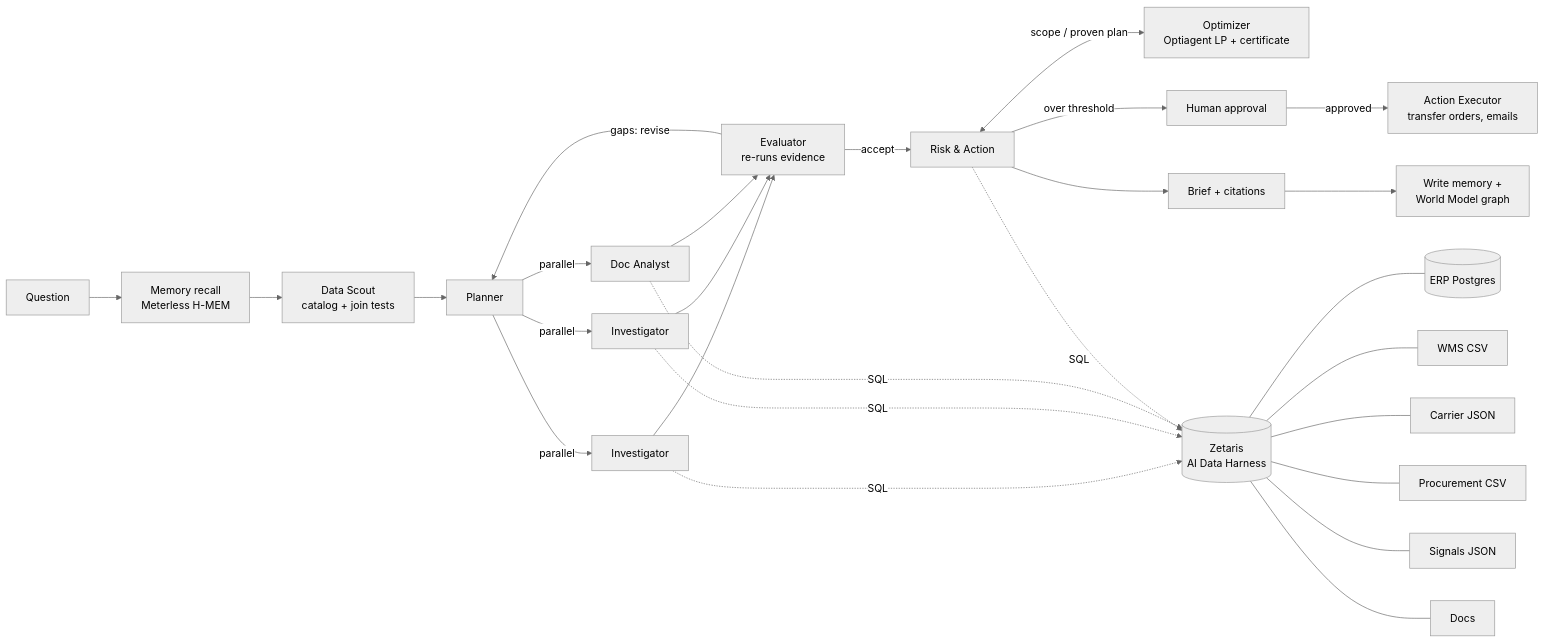
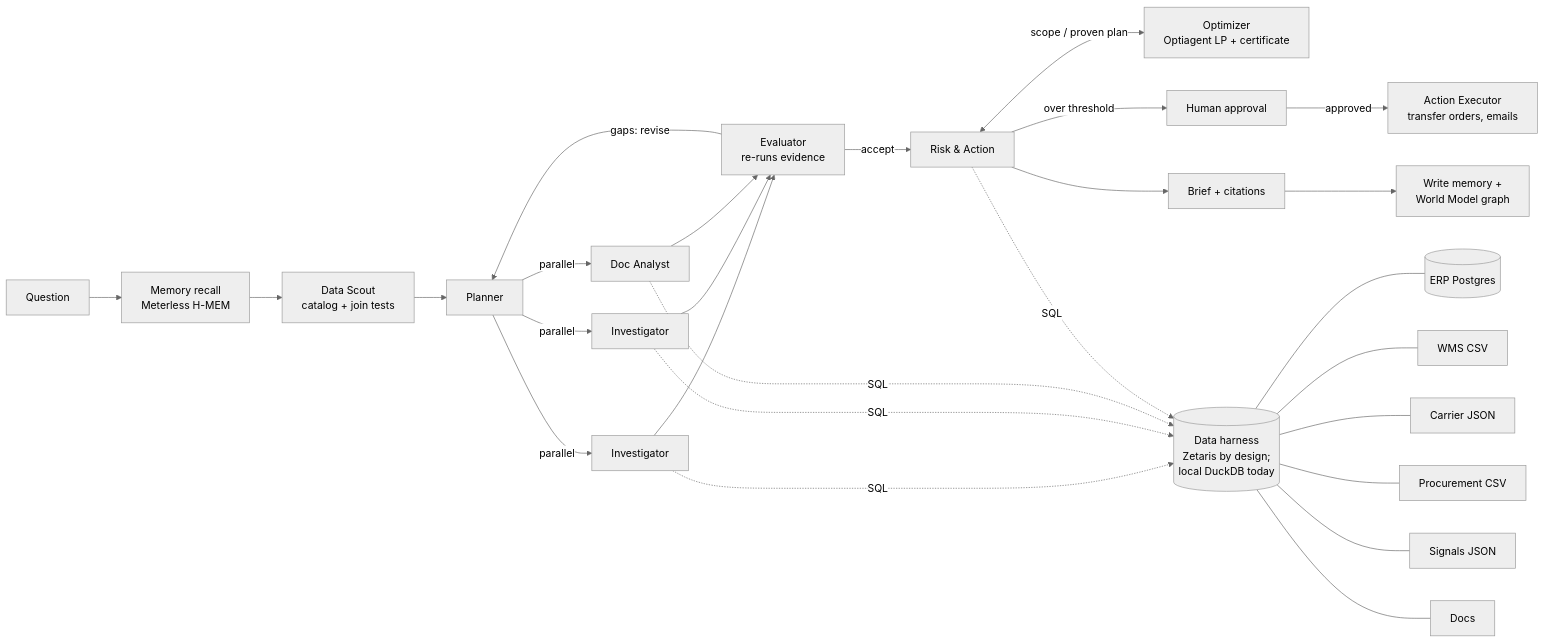
The diagram in README.md (Dakshhhhh-ops/whychain), drawn with Mermaid (neutral theme) before and after one commit. The commit also changed other lines of this file and 1 other file, not shown here.

````diff
--- a/README.md
+++ b/README.md
@@ -53,19 +58,19 @@
 ```mermaid
 flowchart LR
     Q[Question] --> M[Memory recall<br/>Meterless H-MEM]
     M --> S[Data Scout<br/>catalog + join tests]
     S --> P[Planner]
     P -->|parallel| I1[Investigator]
     P -->|parallel| I2[Investigator]
     P -->|parallel| D[Doc Analyst]
     I1 & I2 & D --> E[Evaluator<br/>re-runs evidence]
     E -->|gaps: revise| P
     E -->|accept| R[Risk & Action]
     R <-->|scope / proven plan| O[Optimizer<br/>Optiagent LP + certificate]
     R -->|over threshold| H[Human approval]
     H -->|approved| X[Action Executor<br/>transfer orders, emails]
     R --> B[Brief + citations]
     B --> W[Write memory +<br/>World Model graph]
-    I1 & I2 & D & R -. SQL .-> Z[(Zetaris<br/>AI Data Harness)]
+    I1 & I2 & D & R -. SQL .-> Z[(Data harness<br/>Zetaris by design;<br/>local DuckDB today)]
     Z --- PG[(ERP Postgres)] & F1[WMS CSV] & F2[Carrier JSON] & F3[Procurement CSV] & F4[Signals JSON] & F5[Docs]
 ```
````
